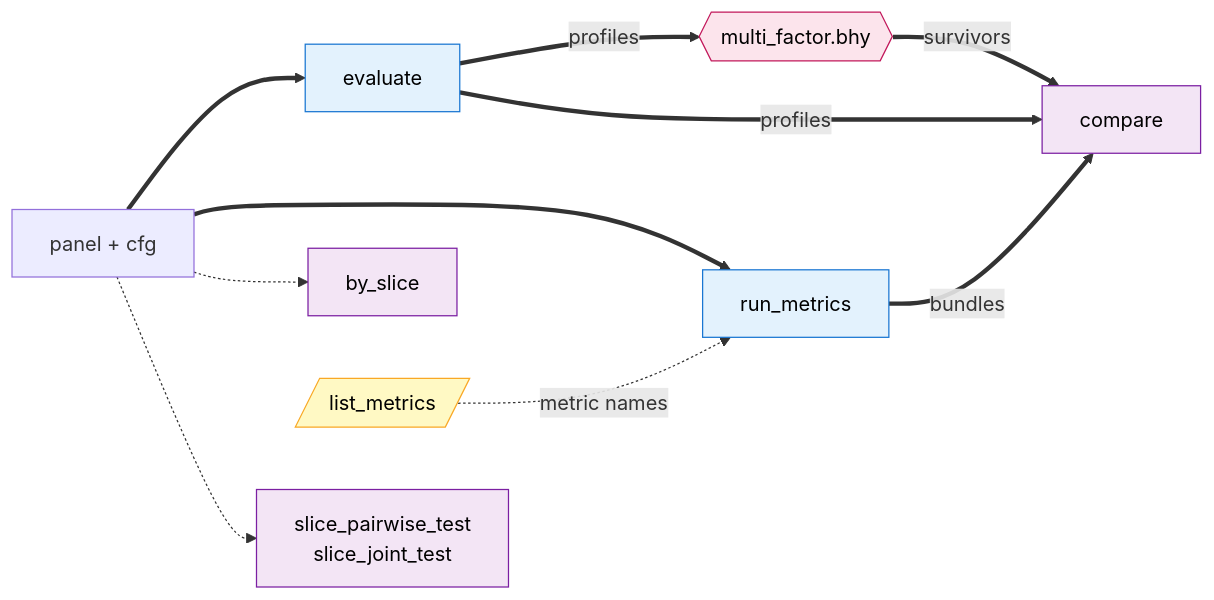
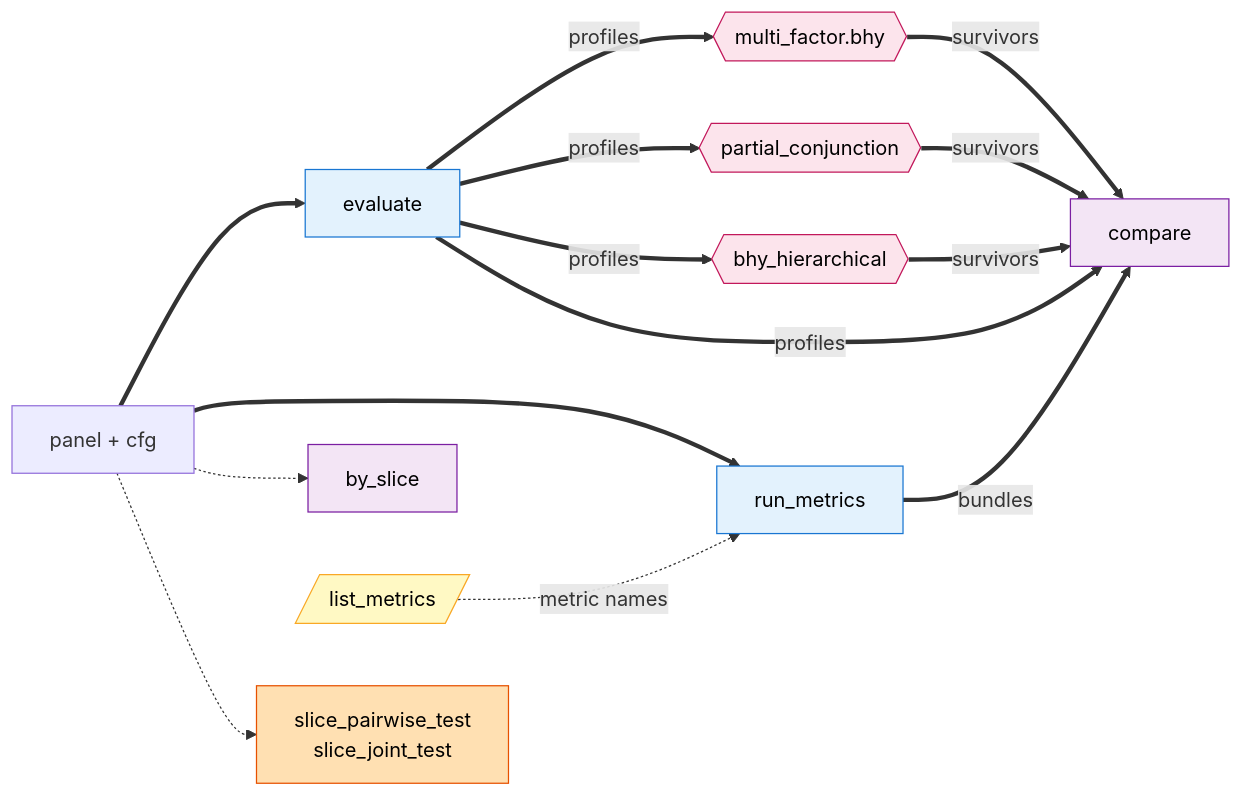
One commit to awwesomeman/factrix changed the diagram in docs/api/index.md. Above: the diagram before and after it, drawn with Mermaid. The commit also changed other lines of this file and 1 other file, not shown here.

````diff
--- a/docs/api/index.md
+++ b/docs/api/index.md
@@ -7,38 +7,48 @@
 ```mermaid
 flowchart LR
     P[panel + cfg]
     EV[evaluate]
     RM[run_metrics]
     BS[by_slice]
     ST["slice_pairwise_test<br/>slice_joint_test"]
     BHY{{multi_factor.bhy}}
+    PC{{partial_conjunction}}
+    BHYH{{bhy_hierarchical}}
     LM[/list_metrics/]
     CMP[compare]
 
     P ==> EV
     P ==> RM
     P -.-> BS
     P -.-> ST
     EV ==>|profiles| BHY
+    EV ==>|profiles| PC
+    EV ==>|profiles| BHYH
     EV ==>|profiles| CMP
     RM ==>|bundles| CMP
     BHY ==>|survivors| CMP
+    PC ==>|survivors| CMP
+    BHYH ==>|survivors| CMP
     LM -.->|metric names| RM
 
     classDef compute fill:#e3f2fd,stroke:#1976d2,color:#000
-    classDef decision fill:#fce4ec,stroke:#c2185b,color:#000
+    classDef screening fill:#fce4ec,stroke:#c2185b,color:#000
+    classDef inference fill:#ffe0b2,stroke:#e65100,color:#000
     classDef view fill:#f3e5f5,stroke:#7b1fa2,color:#000
     classDef introspect fill:#fff9c4,stroke:#f9a825,color:#000
     class EV,RM compute
-    class BHY decision
-    class BS,ST,CMP view
+    class BHY,PC,BHYH screening
+    class ST inference
+    class BS,CMP view
     class LM introspect
 
     click EV "evaluate/" "evaluate API"
     click RM "run-metrics/" "run_metrics API"
     click BS "by-slice/" "by_slice API"
     click ST "slice-test/" "slice_pairwise_test / slice_joint_test API"
     click BHY "multi-factor/" "multi_factor.bhy API"
+    click PC "partial-conjunction/" "partial_conjunction API"
+    click BHYH "bhy-hierarchical/" "bhy_hierarchical API"
     click LM "list-metrics/" "list_metrics API"
     click CMP "compare/" "compare API"
 ```
````
